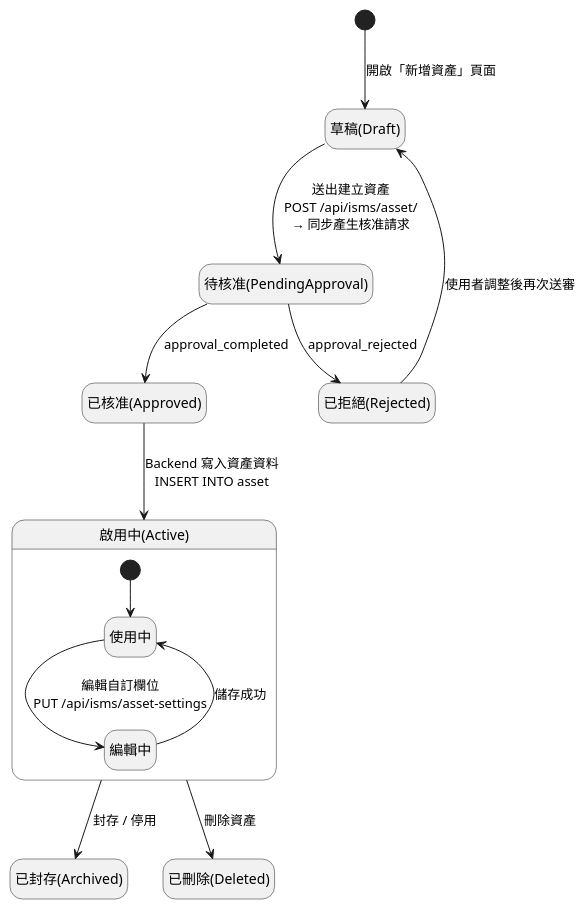
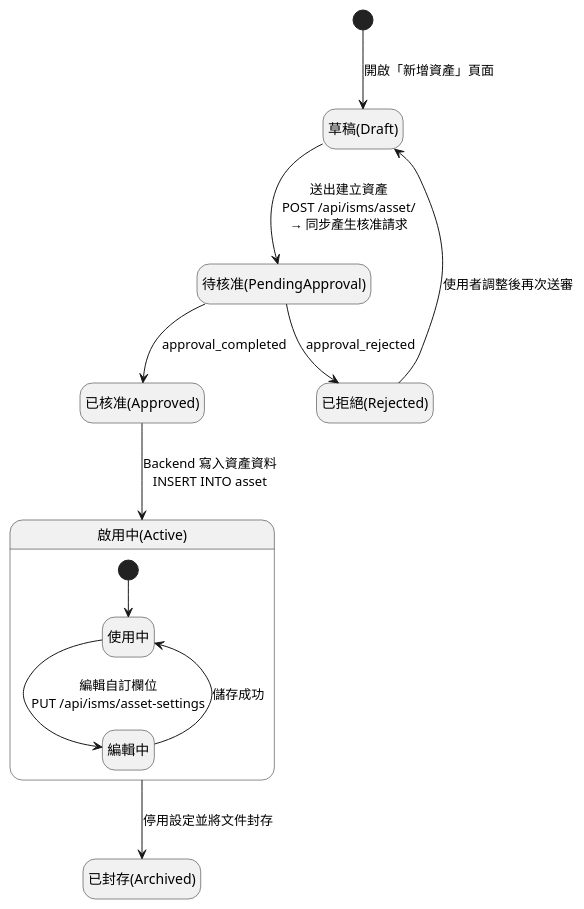
One commit to walle45611/NTUB_SecuManag_Diagram changed the diagram in plantUML/state/asset.puml. Above: the diagram before and after it, drawn with PlantUML. The commit also changed 4 other files, not shown here.

Commit message:
(feat): 更新資產、資產設定、風險及威脅/弱點的狀態圖，調整封存與刪除的描述 (#62)

```diff
--- a/plantUML/state/asset.puml
+++ b/plantUML/state/asset.puml
@@ -1,33 +1,31 @@
 @startuml
 
 hide empty description
 
 [*] --> Draft : 開啟「新增資產」頁面
 state "草稿(Draft)" as Draft <<draft>>
 
 Draft --> PendingApproval : 送出建立資產\nPOST /api/isms/asset/\n→ 同步產生核准請求
 state "待核准(PendingApproval)" as PendingApproval <<approval>>
 
 PendingApproval --> Approved : approval_completed
 PendingApproval --> Rejected : approval_rejected
 state "已拒絕(Rejected)" as Rejected <<terminal>>
 
 Rejected --> Draft : 使用者調整後再次送審
 
 state "已核准(Approved)" as Approved <<approval>>
 Approved --> Active : Backend 寫入資產資料\nINSERT INTO asset
 
 state "啟用中(Active)" as Active <<active>> {
   [*] --> InUse
   state InUse as "使用中"
 
   InUse --> Editing : 編輯自訂欄位\nPUT /api/isms/asset-settings
   state Editing as "編輯中"
   Editing --> InUse : 儲存成功
 }
 
-Active --> Archived : 封存 / 停用
+Active --> Archived : 停用設定並將文件封存
 state "已封存(Archived)" as Archived <<terminal>>
-Active --> Deleted  : 刪除資產
-state "已刪除(Deleted)"  as Deleted  <<terminal>>
 @enduml
```
